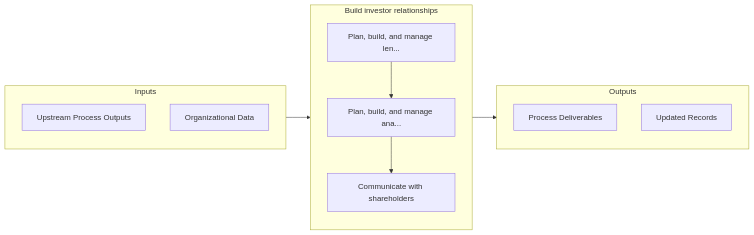
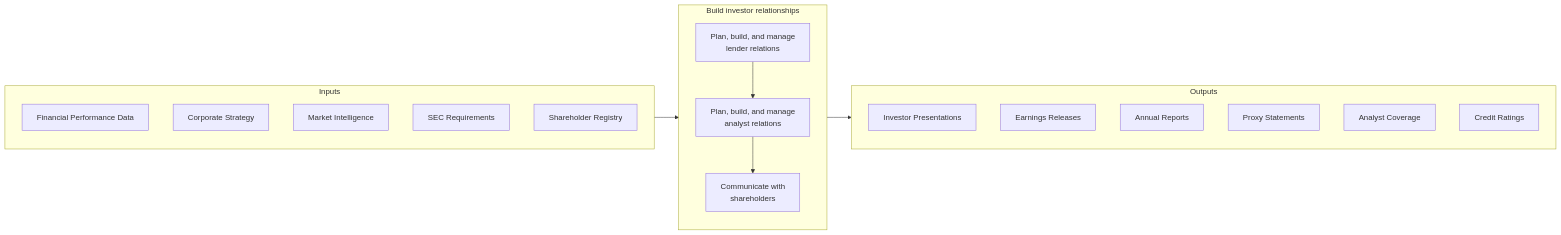
Before and after one commit to kziemski/business.org.ai: the second of 4 diagrams in processes/12-External/12.1-BuildInvestorRelationships/index.mdx, drawn with Mermaid. The commit also changed other lines of this file and 67 other files, not shown here.

````diff
--- a/processes/12-External/12.1-BuildInvestorRelationships/index.mdx
+++ b/processes/12-External/12.1-BuildInvestorRelationships/index.mdx
@@ -60,22 +77,30 @@
 ```mermaid
 flowchart LR
     subgraph Inputs["Inputs"]
-        I1["Upstream Process Outputs"]
-        I2["Organizational Data"]
+        I1["Financial Performance Data"]
+        I2["Corporate Strategy"]
+        I3["Market Intelligence"]
+        I4["SEC Requirements"]
+        I5["Shareholder Registry"]
     end
 
     subgraph Process["Build investor relationships"]
-        S1["Plan, build, and manage len..."]
-        S2["Plan, build, and manage ana..."]
-        S3["Communicate with shareholders"]
+        S1["Plan, build, and manage<br/>lender relations"]
+        S2["Plan, build, and manage<br/>analyst relations"]
+        S3["Communicate with<br/>shareholders"]
+
+        S1 --> S2
+        S2 --> S3
     end
 
     subgraph Outputs["Outputs"]
-        O1["Process Deliverables"]
-        O2["Updated Records"]
+        O1["Investor Presentations"]
+        O2["Earnings Releases"]
+        O3["Annual Reports"]
+        O4["Proxy Statements"]
+        O5["Analyst Coverage"]
+        O6["Credit Ratings"]
     end
 
     Inputs --> Process --> Outputs
-    S1 --> S2
-    S2 --> S3
 ```
````
